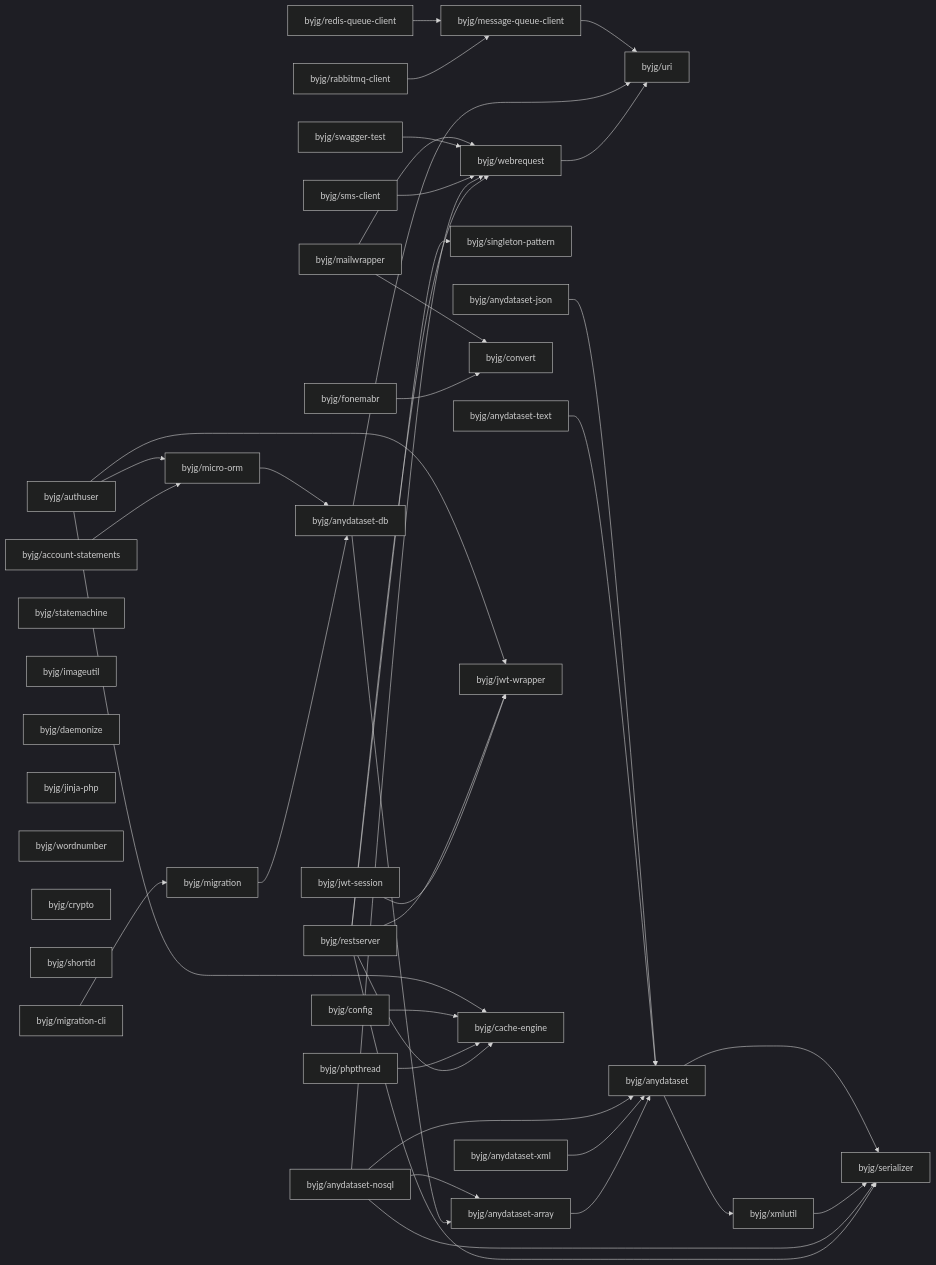
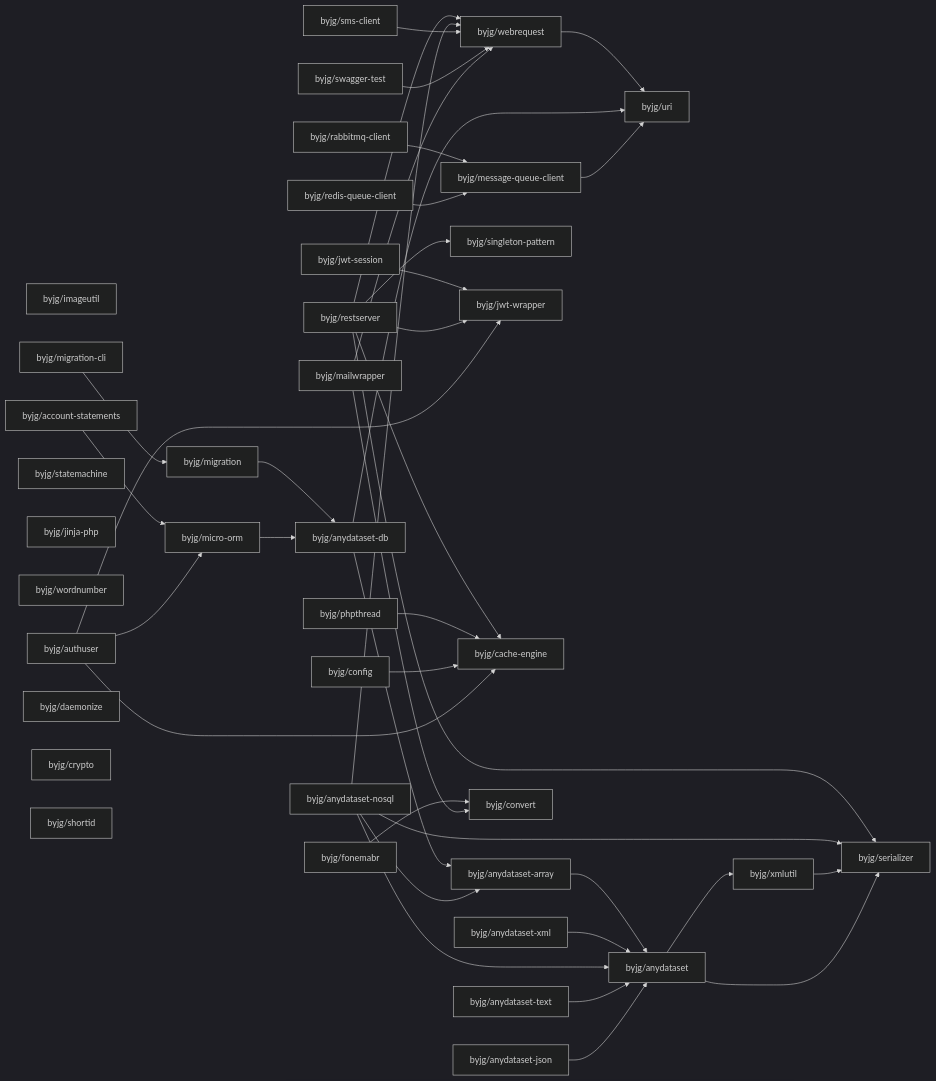
The diagram in docs/php/README.md (byjg/byjg.github.io), drawn with Mermaid (dark theme) before and after one commit. The commit also changed other lines of this file, not shown here.

Commit message:
Update documentation 'php' 'php-sms-client'

````diff
--- a/docs/php/README.md
+++ b/docs/php/README.md
@@ -3,78 +3,78 @@
 ```mermaid
 graph LR;
+  byjg/imageutil;
+  byjg/account-statements;
+  byjg/restserver;
+  byjg/jwt-session;
   byjg/anydataset-text;
-  byjg/anydataset-nosql;
+  byjg/sms-client;
+  byjg/redis-queue-client;
+  byjg/anydataset-xml;
+  byjg/config;
   byjg/authuser;
-  byjg/restserver;
-  byjg/fonemabr;
-  byjg/account-statements;
-  byjg/sms-client;
-  byjg/rabbitmq-client;
-  byjg/redis-queue-client;
   byjg/statemachine;
-  byjg/imageutil;
-  byjg/anydataset-json;
-  byjg/daemonize;
-  byjg/mailwrapper;
-  byjg/swagger-test;
-  byjg/jwt-session;
+  byjg/phpthread;
   byjg/jinja-php;
   byjg/wordnumber;
+  byjg/rabbitmq-client;
+  byjg/migration-cli;
+  byjg/daemonize;
   byjg/crypto;
+  byjg/fonemabr;
+  byjg/swagger-test;
+  byjg/anydataset-json;
   byjg/shortid;
-  byjg/phpthread;
-  byjg/config;
-  byjg/anydataset-xml;
-  byjg/migration-cli;
+  byjg/mailwrapper;
+  byjg/anydataset-nosql;
   byjg/singleton-pattern;
   byjg/micro-orm;
+  byjg/jwt-wrapper;
+  byjg/cache-engine;
   byjg/message-queue-client;
+  byjg/migration;
   byjg/convert;
   byjg/webrequest;
-  byjg/jwt-wrapper;
-  byjg/cache-engine;
-  byjg/migration;
   byjg/anydataset-db;
   byjg/anydataset-array;
   byjg/uri;
   byjg/anydataset;
   byjg/xmlutil;
   byjg/serializer;
   byjg/account-statements --> byjg/micro-orm;
   byjg/fonemabr --> byjg/convert;
   byjg/webrequest --> byjg/uri;
   byjg/anydataset-array --> byjg/anydataset;
   byjg/anydataset-xml --> byjg/anydataset;
   byjg/rabbitmq-client --> byjg/message-queue-client;
   byjg/redis-queue-client --> byjg/message-queue-client;
   byjg/jwt-session --> byjg/jwt-wrapper;
   byjg/anydataset-db --> byjg/anydataset-array;
   byjg/anydataset-db --> byjg/uri;
   byjg/restserver --> byjg/serializer;
   byjg/restserver --> byjg/singleton-pattern;
   byjg/restserver --> byjg/cache-engine;
   byjg/restserver --> byjg/webrequest;
   byjg/restserver --> byjg/jwt-wrapper;
   byjg/migration --> byjg/anydataset-db;
   byjg/anydataset-nosql --> byjg/anydataset;
   byjg/anydataset-nosql --> byjg/anydataset-array;
   byjg/anydataset-nosql --> byjg/serializer;
   byjg/anydataset-nosql --> byjg/webrequest;
   byjg/phpthread --> byjg/cache-engine;
   byjg/sms-client --> byjg/webrequest;
   byjg/swagger-test --> byjg/webrequest;
   byjg/migration-cli --> byjg/migration;
   byjg/config --> byjg/cache-engine;
   byjg/anydataset-text --> byjg/anydataset;
   byjg/micro-orm --> byjg/anydataset-db;
   byjg/authuser --> byjg/micro-orm;
   byjg/authuser --> byjg/cache-engine;
   byjg/authuser --> byjg/jwt-wrapper;
   byjg/anydataset-json --> byjg/anydataset;
   byjg/mailwrapper --> byjg/convert;
   byjg/mailwrapper --> byjg/webrequest;
   byjg/xmlutil --> byjg/serializer;
   byjg/anydataset --> byjg/serializer;
   byjg/anydataset --> byjg/xmlutil;
   byjg/message-queue-client --> byjg/uri;
 ```
````
